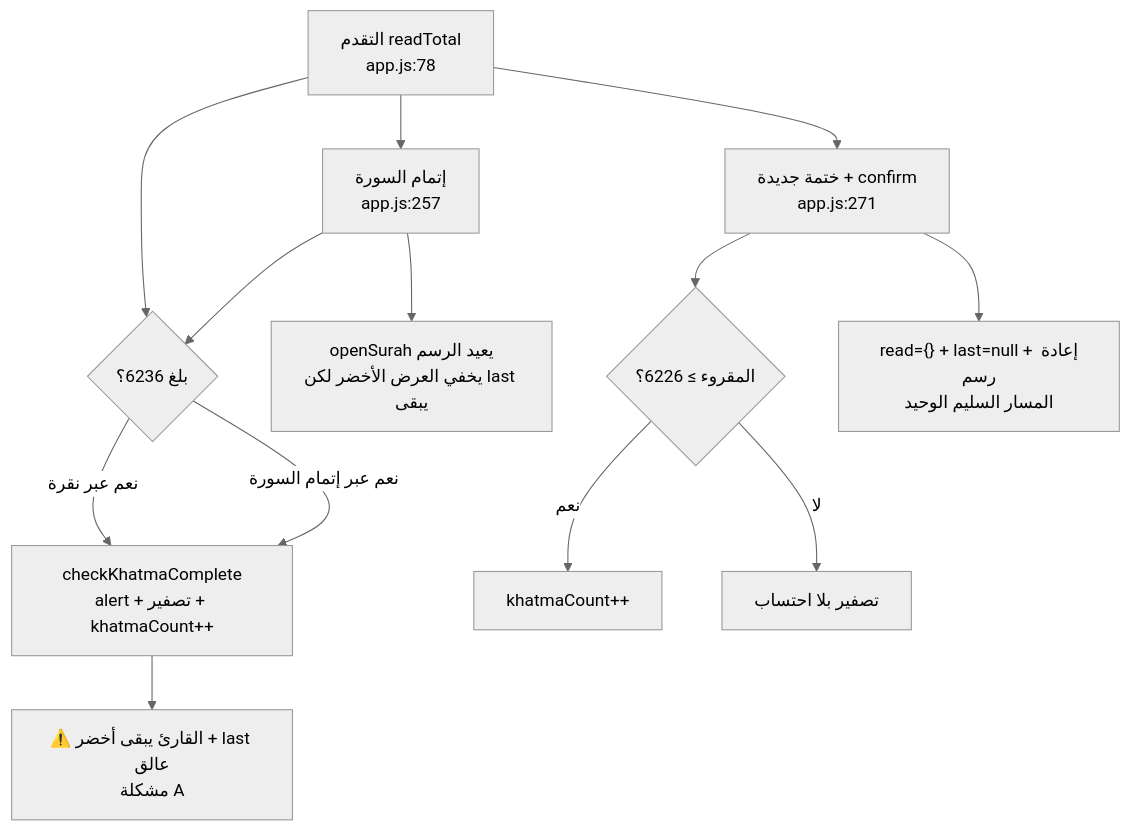
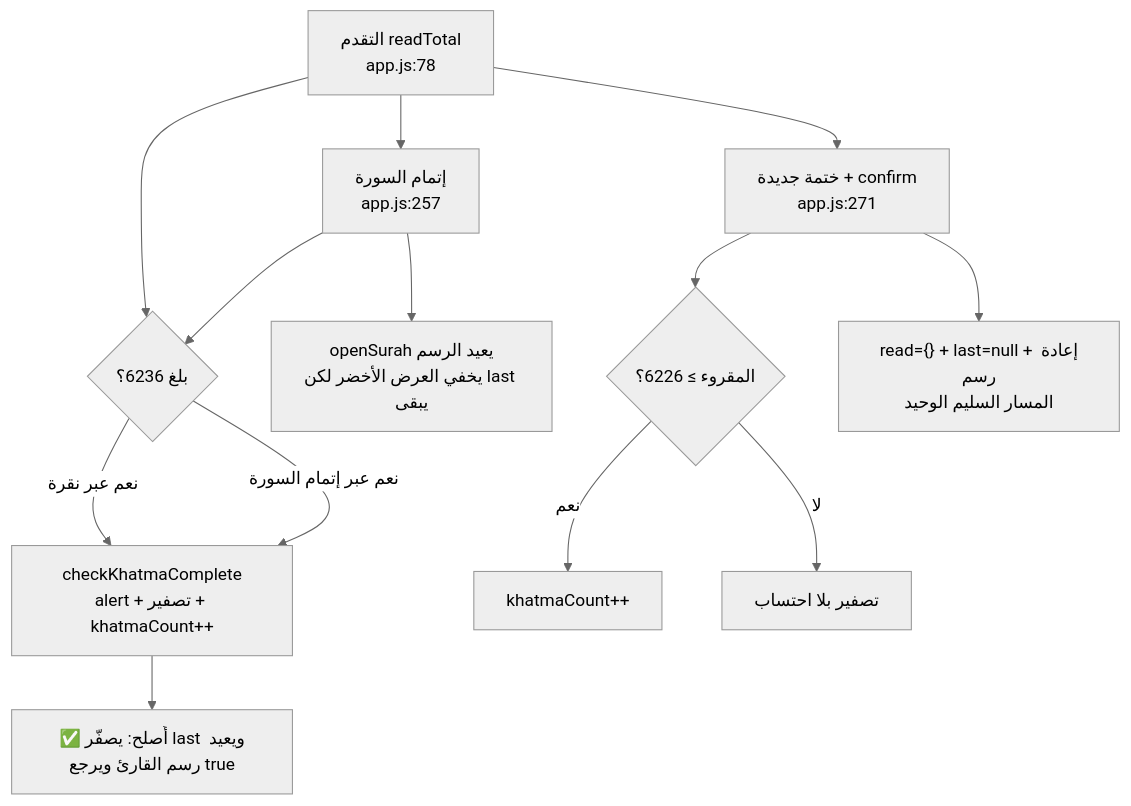
Before and after one commit to jabar-reda/quran-app: the fifth of 5 diagrams in docs/CODE-MAP.md, drawn with Mermaid (neutral theme). The commit also changed other lines of this file and 4 other files, not shown here.

````diff
--- a/docs/CODE-MAP.md
+++ b/docs/CODE-MAP.md
@@ -86,13 +86,13 @@
 ```mermaid
 flowchart TD
     P["التقدم readTotal<br/>app.js:78"] --> K{"بلغ 6236؟"}
     K -- "نعم عبر نقرة" --> A1["checkKhatmaComplete<br/>alert + تصفير + khatmaCount++"]
     K -- "نعم عبر إتمام السورة" --> A1
-    A1 --> X1["⚠️ القارئ يبقى أخضر + last عالق<br/>مشكلة A"]
+    A1 --> X1["✅ أُصلح: يصفّر last ويعيد رسم القارئ ويرجع true"]
     P --> M["إتمام السورة<br/>app.js:257"] --> K
     M --> R["openSurah يعيد الرسم<br/>يخفي العرض الأخضر لكن last يبقى"]
     P --> Z["ختمة جديدة + confirm<br/>app.js:271"] --> Z1{"المقروء ≥ 6226؟"}
     Z1 -- نعم --> Z2["khatmaCount++"]
     Z1 -- لا --> Z3["تصفير بلا احتساب"]
     Z --> Z4["read={} + last=null + إعادة رسم<br/>المسار السليم الوحيد"]
 ```
````
